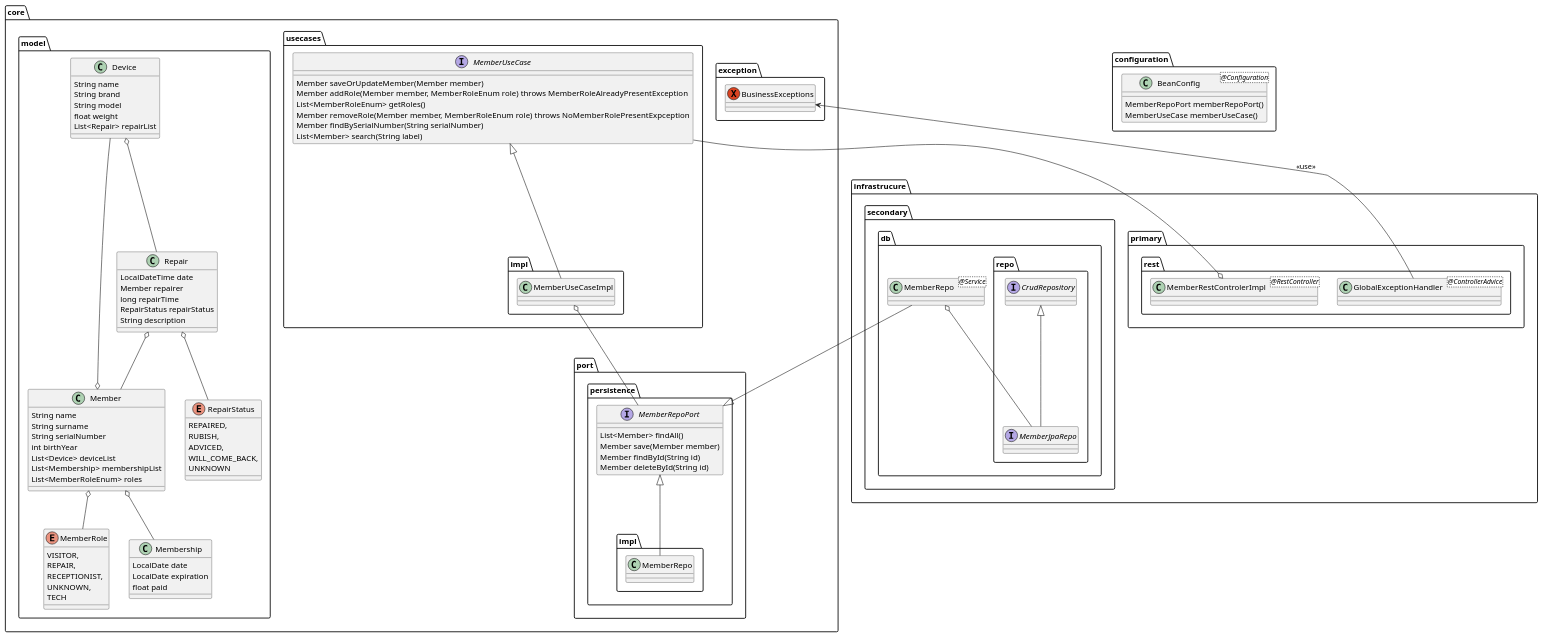
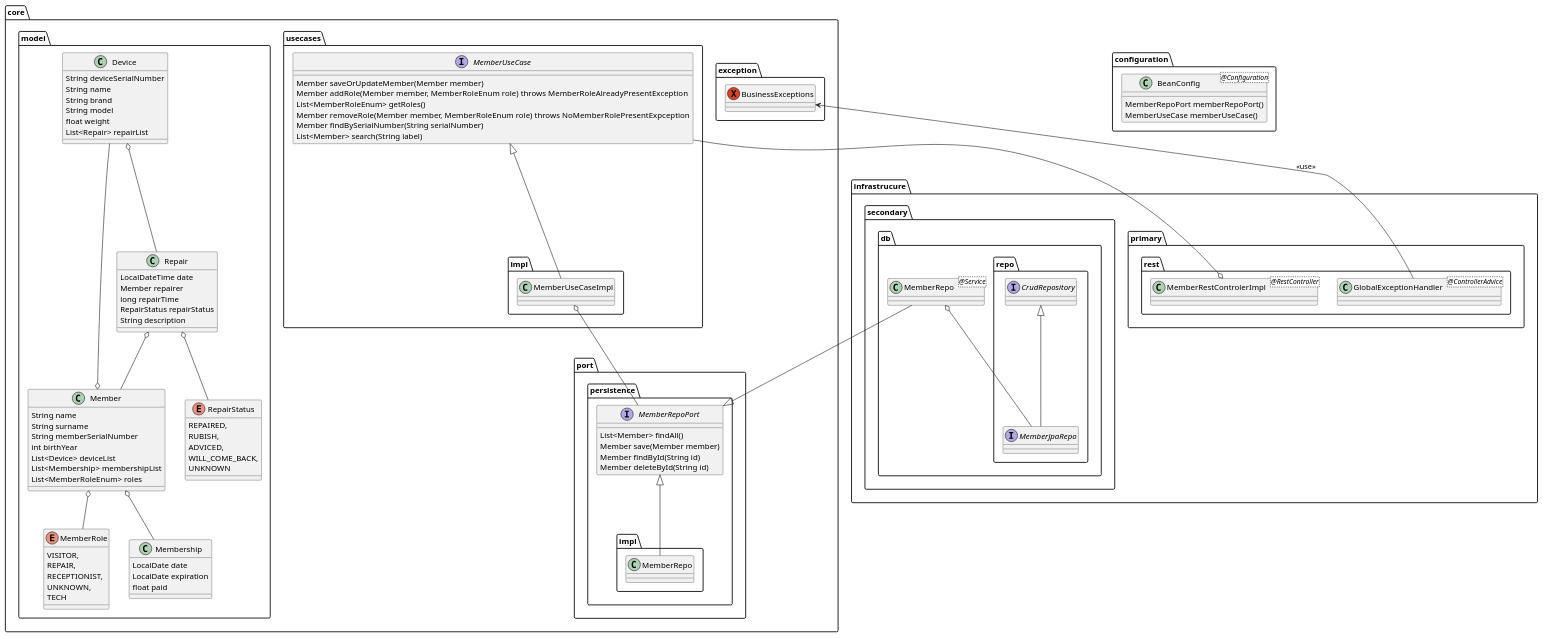
Before and after one commit to YohannCaby/repaircafe-hexagonal-springboot: the diagram in doc/RepaireCafeHexagonalStructure.puml, drawn with PlantUML. The commit also changed 5 other files, not shown here.

```diff
--- a/doc/RepaireCafeHexagonalStructure.puml
+++ b/doc/RepaireCafeHexagonalStructure.puml
@@ -1,116 +1,117 @@
 @startuml
 'https://plantuml.com/class-diagram
 
 package "core.port.persistence"{
     interface MemberRepoPort{
         List<Member> findAll()
         Member save(Member member)
         Member findById(String id)
         Member deleteById(String id)
     }
 
     package "core.port.persistence.impl"{
         class MemberRepo
     }
     MemberRepoPort <|-- MemberRepo
 }
 package "core.usecases"{
     interface MemberUseCase{
             Member saveOrUpdateMember(Member member)
             Member addRole(Member member, MemberRoleEnum role) throws MemberRoleAlreadyPresentException
             List<MemberRoleEnum> getRoles()
             Member removeRole(Member member, MemberRoleEnum role) throws NoMemberRolePresentExpception
             Member findBySerialNumber(String serialNumber)
             List<Member> search(String label)
     }
     package "core.usecases.impl"{
         class MemberUseCaseImpl
     }
 
     MemberUseCase <|-- MemberUseCaseImpl
     MemberUseCaseImpl o-- MemberRepoPort
 }
 package "core.exception" {
     exception BusinessExceptions
 }
 package "core.model"{
     class Device{
+        String deviceSerialNumber
         String name
         String brand
         String model
         float weight
         List<Repair> repairList
     }
     class Member{
         String name
         String surname
-        String serialNumber
+        String memberSerialNumber
         int birthYear
         List<Device> deviceList
         List<Membership> membershipList
         List<MemberRoleEnum> roles
     }
     class Membership{
         LocalDate date
         LocalDate expiration
         float paid
     }
     class Repair{
         LocalDateTime date
         Member repairer
         long repairTime
         RepairStatus repairStatus
         String description
     }
     enum RepairStatus{
         REPAIRED,
         RUBISH,
         ADVICED,
         WILL_COME_BACK,
         UNKNOWN
         }
     enum MemberRole{
         VISITOR,
         REPAIR,
         RECEPTIONIST,
         UNKNOWN,
         TECH
     }
 
     Repair o-- RepairStatus
     Repair o-- Member
 
     Member o-- MemberRole
     Member o-- Membership
     Member o-- Device
 
     Device o-- Repair
 }
 
 
 
 package "infrastrucure.primary.rest"{
     class MemberRestControlerImpl<@RestController>
     class GlobalExceptionHandler<@ControllerAdvice>
     MemberRestControlerImpl o-- MemberUseCase
     BusinessExceptions <-- GlobalExceptionHandler : <<use>>
 }
 
 package "infrastrucure.secondary.db"{
     class MemberRepo<@Service>
     package "infrastrucure.secondary.db.repo"{
         interface MemberJpaRepo
         interface CrudRepository
         CrudRepository <|-- MemberJpaRepo
     }
     MemberRepo o-- MemberJpaRepo
 
     MemberRepoPort <|-- MemberRepo
 }
 package "configuration"{
     class BeanConfig<@Configuration>{
         MemberRepoPort memberRepoPort()
         MemberUseCase memberUseCase()
     }
 }
 @enduml
```
